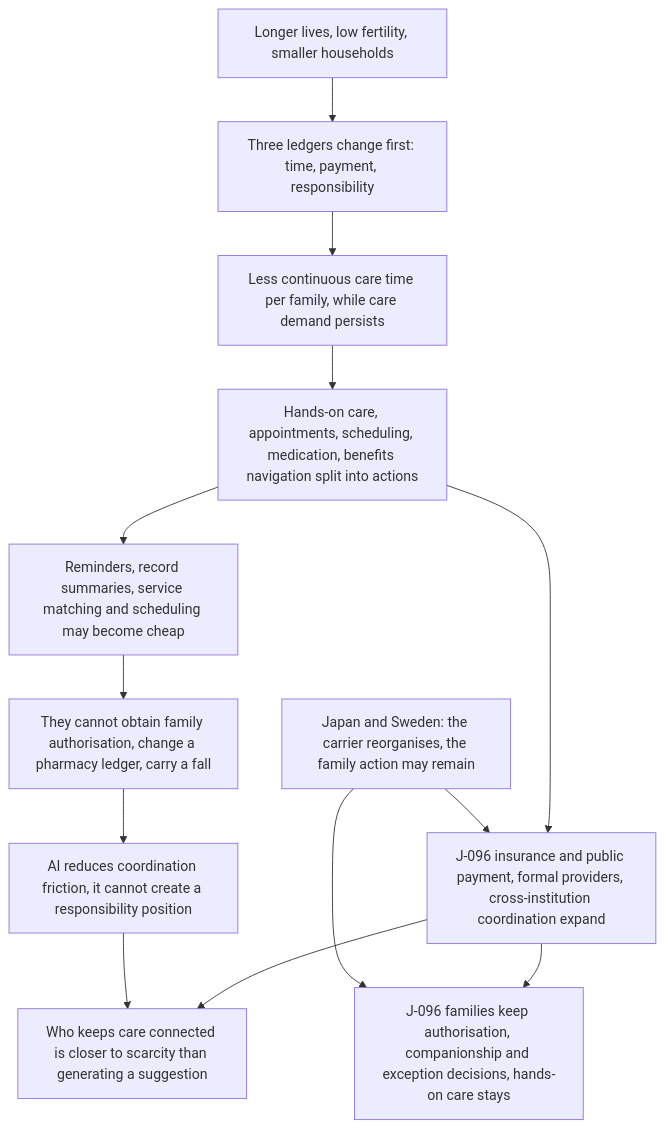
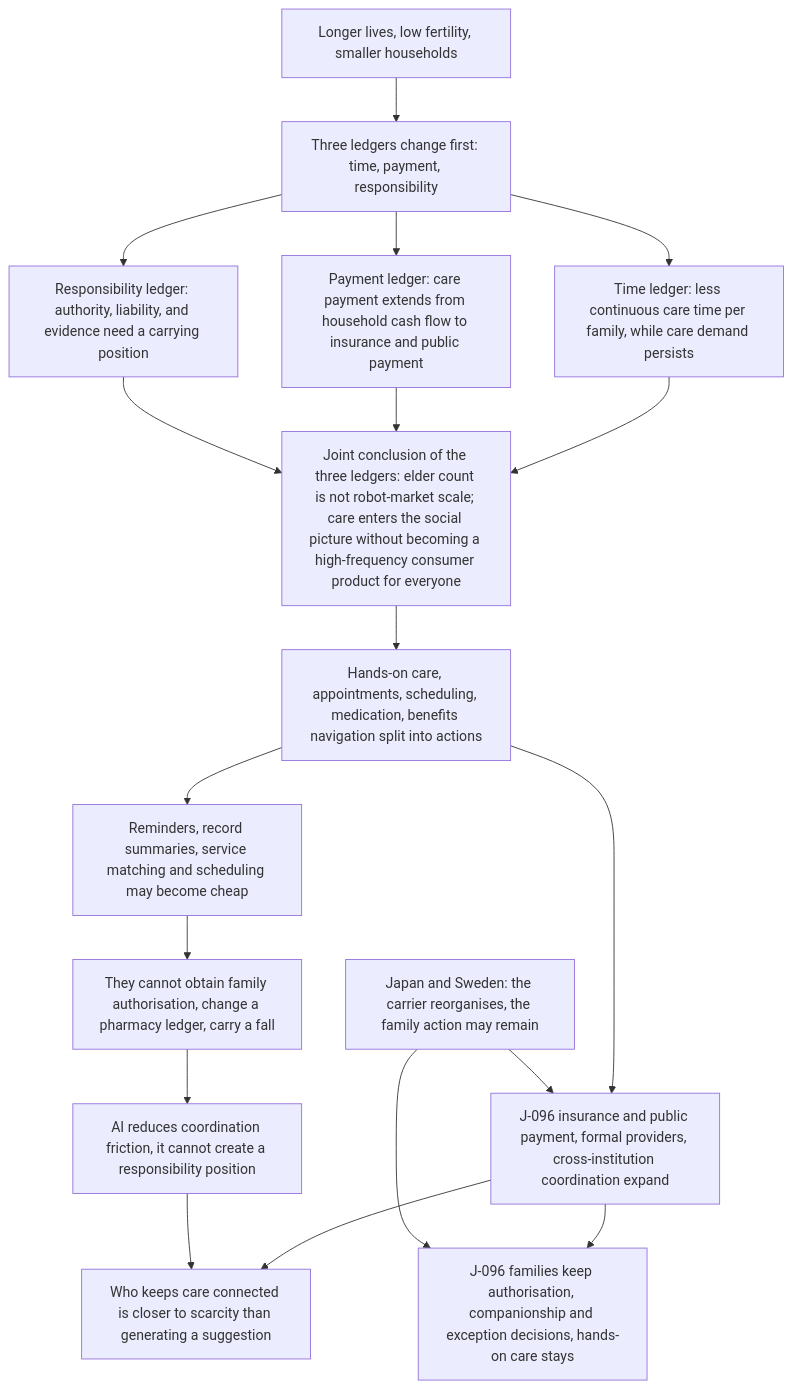
Before and after one commit to SenZhangAI/foresight-by-ai: the first of 2 diagrams in docs/en/chains/90-aging-care-and-institutional-substitution.md, drawn with Mermaid. The commit also changed 10 other files, not shown here.

First line of the commit message:
feat(qa): validate chain and navigation Mermaid projections

````diff
--- a/docs/en/chains/90-aging-care-and-institutional-substitution.md
+++ b/docs/en/chains/90-aging-care-and-institutional-substitution.md
@@ -61,15 +61,20 @@
 ```mermaid
 flowchart TD
   ADEMO["Longer lives, low fertility, smaller households"] --> ALEDGER["Three ledgers change first: time, payment, responsibility"]
-  ALEDGER --> ATIME["Less continuous care time per family, while care demand persists"]
-  ATIME --> ASPLIT["Hands-on care, appointments, scheduling, medication, benefits navigation split into actions"]
+  ALEDGER --> ATIME["Time ledger: less continuous care time per family, while care demand persists"]
+  ALEDGER --> APAY["Payment ledger: care payment extends from household cash flow to insurance and public payment"]
+  ALEDGER --> ARESP["Responsibility ledger: authority, liability, and evidence need a carrying position"]
+  ATIME --> ASCALE["Joint conclusion of the three ledgers: elder count is not robot-market scale; care enters the social picture without becoming a high-frequency consumer product for everyone"]
+  APAY --> ASCALE
+  ARESP --> ASCALE
+  ASCALE --> ASPLIT["Hands-on care, appointments, scheduling, medication, benefits navigation split into actions"]
   ASPLIT --> AFORMAL["J-096 insurance and public payment, formal providers, cross-institution coordination expand"]
   AHIST["Japan and Sweden: the carrier reorganises, the family action may remain"] --> AFORMAL
   ASPLIT --> ACHEAP["Reminders, record summaries, service matching and scheduling may become cheap"]
   ACHEAP --> ALIMIT["They cannot obtain family authorisation, change a pharmacy ledger, carry a fall"]
   ALIMIT --> ANOPOS["AI reduces coordination friction, it cannot create a responsibility position"]
   AFORMAL --> ASCARCE["Who keeps care connected is closer to scarcity than generating a suggestion"]
   ANOPOS --> ASCARCE
   AFORMAL --> AFAMILY["J-096 families keep authorisation, companionship and exception decisions, hands-on care stays"]
   AHIST --> AFAMILY
 ```
````
